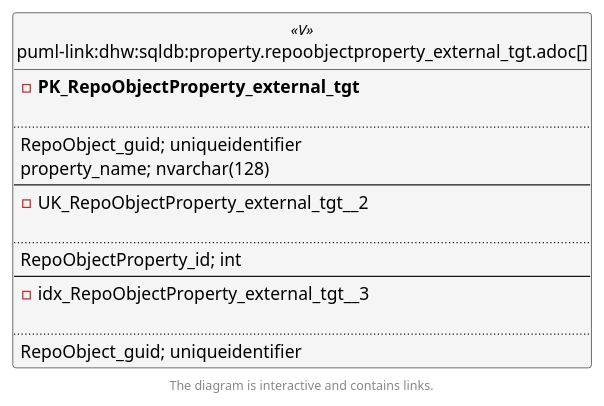
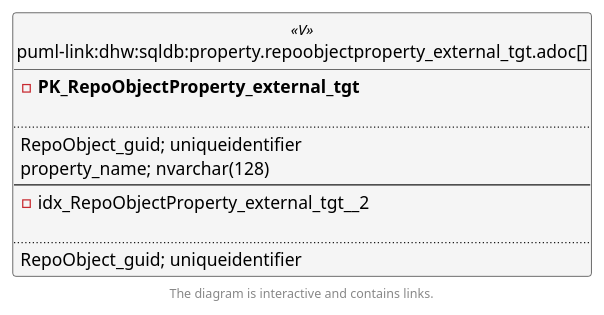
The second of 6 diagrams in docs/modules/sqldb/partials/content/property.repoobjectproperty_external_tgt.adoc (DataHandwerk/dhw-antora-sqldb), drawn with PlantUML before and after one commit. The commit also changed other lines of this file and 751 other files, not shown here.

```diff
--- a/docs/modules/sqldb/partials/content/property.repoobjectproperty_external_tgt.adoc
+++ b/docs/modules/sqldb/partials/content/property.repoobjectproperty_external_tgt.adoc
@@ -649,54 +637,49 @@
 [plantuml, entity_1_1_fk-{docname}, svg, subs=macros]
 ....
 @startuml
 left to right direction
 'top to bottom direction
 hide circle
 'avoide "." issues:
 set namespaceSeparator none
 
 
 skinparam class {
   BackgroundColor White
   BackgroundColor<<FN>> Yellow
   BackgroundColor<<FS>> Yellow
   BackgroundColor<<FT>> LightGray
   BackgroundColor<<IF>> Yellow
   BackgroundColor<<IS>> Yellow
   BackgroundColor<<P>>  Aqua
   BackgroundColor<<PC>> Aqua
   BackgroundColor<<SN>> Yellow
   BackgroundColor<<SO>> SlateBlue
   BackgroundColor<<TF>> LightGray
   BackgroundColor<<TR>> Tomato
   BackgroundColor<<U>>  White
   BackgroundColor<<V>>  WhiteSmoke
   BackgroundColor<<X>>  Aqua
   BackgroundColor<<external>> AliceBlue
 }
 
 
 entity "puml-link:dhw:sqldb:property.repoobjectproperty_external_tgt.adoc[]" as property.RepoObjectProperty_external_tgt << V >> {
 - **PK_RepoObjectProperty_external_tgt**
 
 ..
 RepoObject_guid; uniqueidentifier
 property_name; nvarchar(128)
 --
-- UK_RepoObjectProperty_external_tgt__2
-
-..
-RepoObjectProperty_id; int
---
-- idx_RepoObjectProperty_external_tgt__3
+- idx_RepoObjectProperty_external_tgt__2
 
 ..
 RepoObject_guid; uniqueidentifier
 }
 
 
 
 footer The diagram is interactive and contains links.
 
 @enduml
 ....
```
